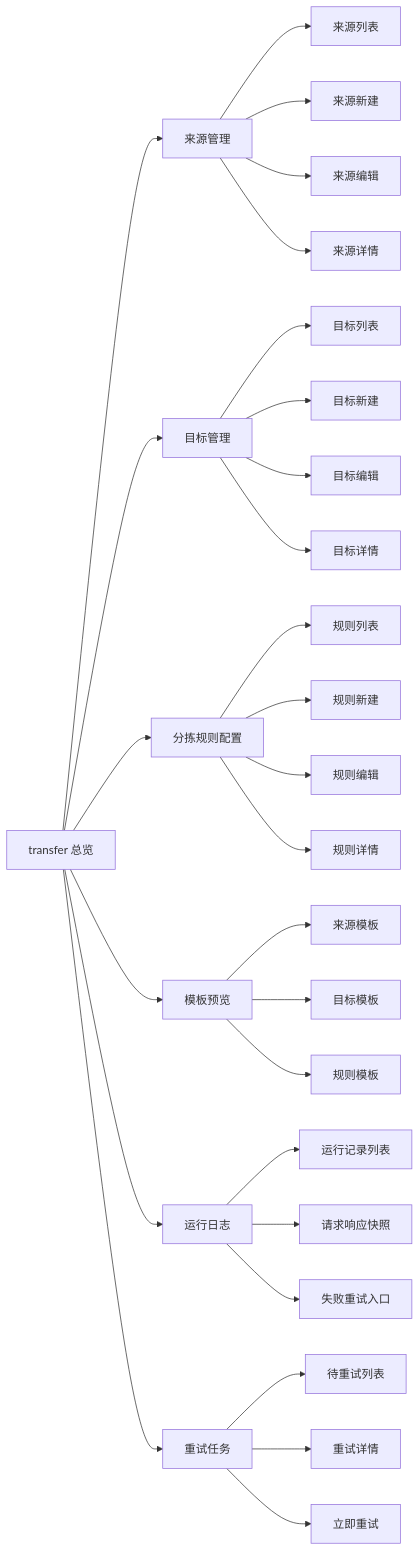
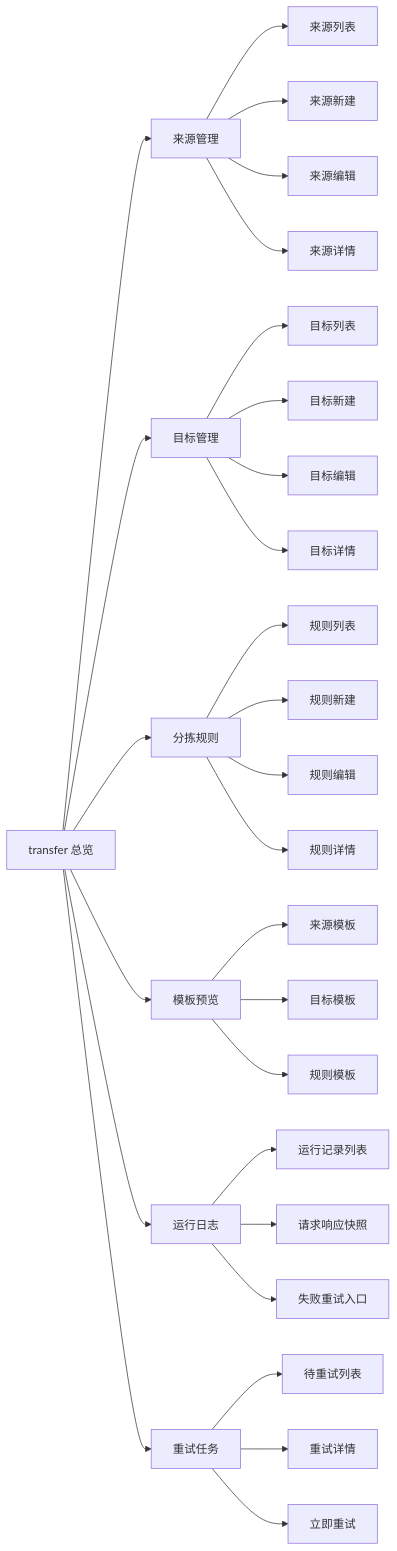
The diagram in ui/valset-standardizer-frontend/README.md (iloveZzz/valset-standardizer-java), drawn with Mermaid before and after one commit. The commit also changed other lines of this file and 49 other files, not shown here.

````diff
--- a/ui/valset-standardizer-frontend/README.md
+++ b/ui/valset-standardizer-frontend/README.md
@@ -1394,36 +1396,36 @@
 ```mermaid
 flowchart LR
     A["transfer 总览"] --> B["来源管理"]
     A --> C["目标管理"]
-    A --> D["分拣规则配置"]
+    A --> D["分拣规则"]
     A --> E["模板预览"]
     A --> F["运行日志"]
     A --> G["重试任务"]
 
     B --> B1["来源列表"]
     B --> B2["来源新建"]
     B --> B3["来源编辑"]
     B --> B4["来源详情"]
 
     C --> C1["目标列表"]
     C --> C2["目标新建"]
     C --> C3["目标编辑"]
     C --> C4["目标详情"]
 
     D --> D1["规则列表"]
     D --> D2["规则新建"]
     D --> D3["规则编辑"]
     D --> D4["规则详情"]
 
     E --> E1["来源模板"]
     E --> E2["目标模板"]
     E --> E3["规则模板"]
 
     F --> F1["运行记录列表"]
     F --> F2["请求响应快照"]
     F --> F3["失败重试入口"]
 
     G --> G1["待重试列表"]
     G --> G2["重试详情"]
     G --> G3["立即重试"]
 ```
````
